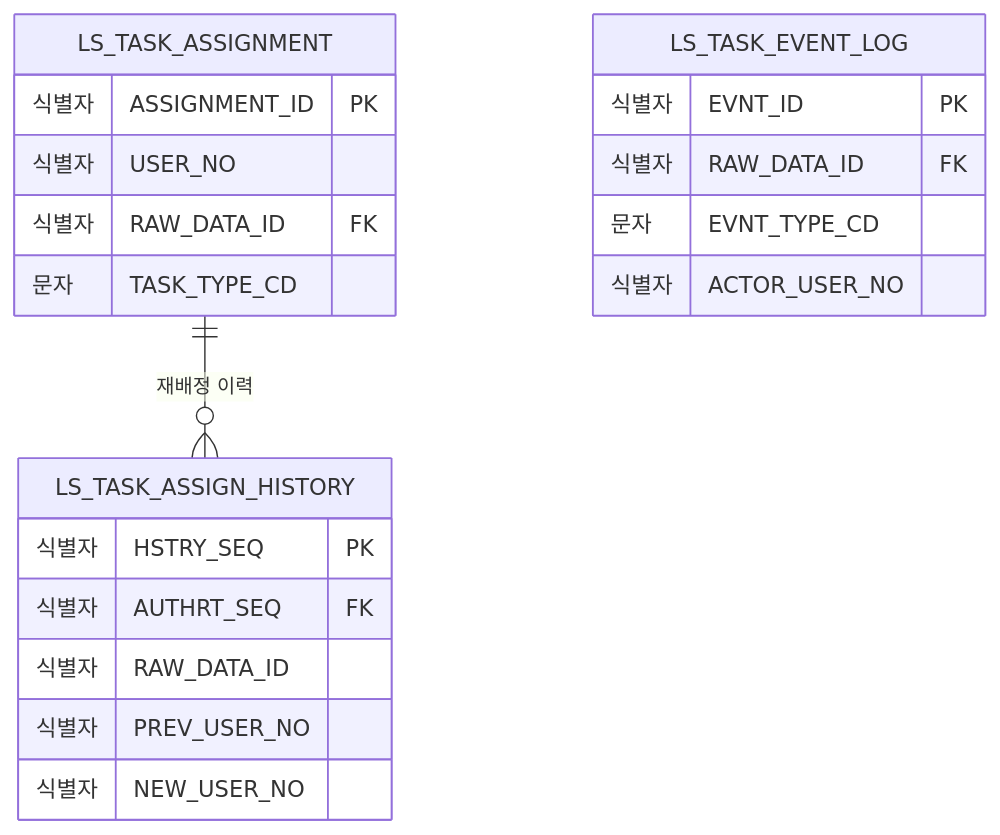
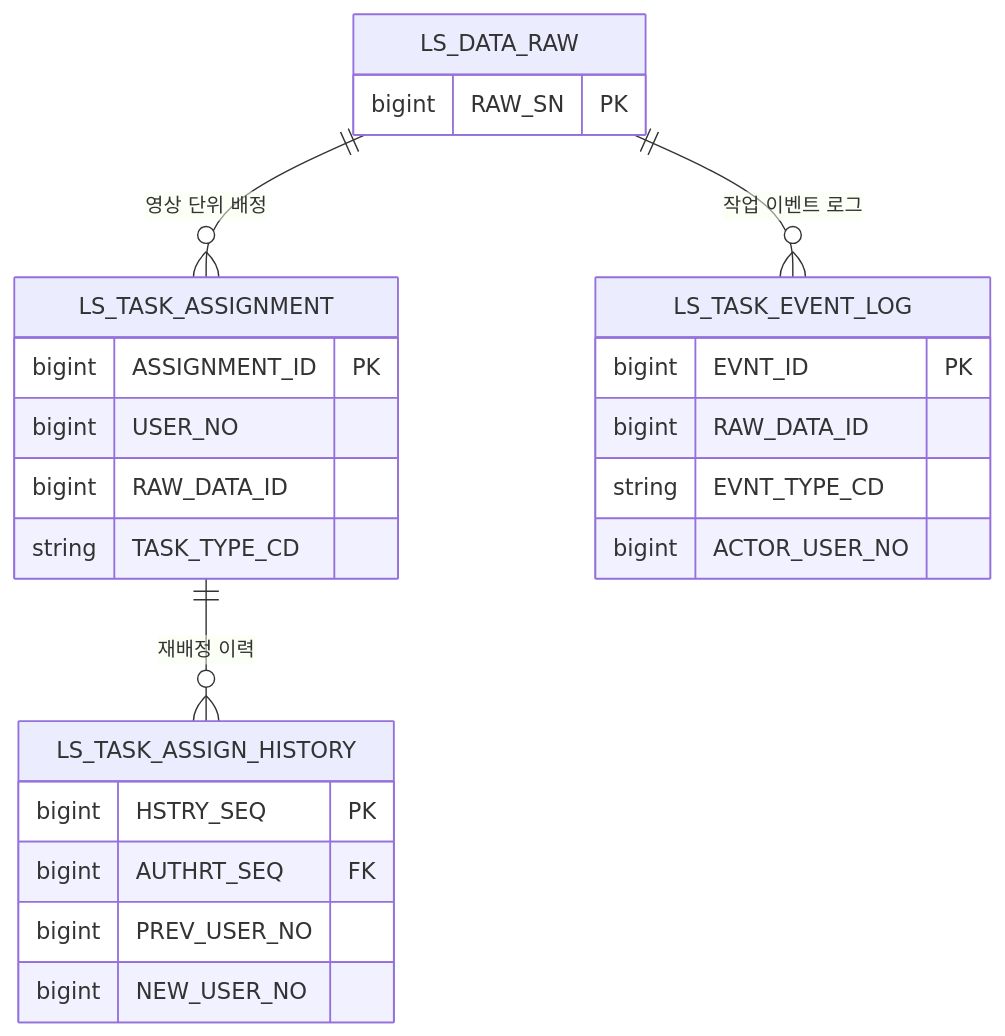
One commit to New-stella/klid-label changed the seventh of 14 diagrams in docs/design/D8-엔티티관계모형설계서.md. Above: the diagram before and after it, drawn with Mermaid. The commit also changed other lines of this file and 7 other files, not shown here.

````diff
--- a/docs/design/D8-엔티티관계모형설계서.md
+++ b/docs/design/D8-엔티티관계모형설계서.md
@@ -279,23 +251,27 @@
 ```mermaid
 erDiagram
     LS_TASK_ASSIGNMENT ||--o{ LS_TASK_ASSIGN_HISTORY : "재배정 이력"
+    LS_DATA_RAW ||--o{ LS_TASK_ASSIGNMENT : "영상 단위 배정"
+    LS_DATA_RAW ||--o{ LS_TASK_EVENT_LOG : "작업 이벤트 로그"
+    LS_DATA_RAW {
+        bigint RAW_SN PK
+    }
     LS_TASK_ASSIGNMENT {
-        식별자 ASSIGNMENT_ID PK
-        식별자 USER_NO
-        식별자 RAW_DATA_ID FK
-        문자 TASK_TYPE_CD
+        bigint ASSIGNMENT_ID PK
+        bigint USER_NO
+        bigint RAW_DATA_ID
+        string TASK_TYPE_CD
     }
     LS_TASK_ASSIGN_HISTORY {
-        식별자 HSTRY_SEQ PK
-        식별자 AUTHRT_SEQ FK
-        식별자 RAW_DATA_ID
-        식별자 PREV_USER_NO
-        식별자 NEW_USER_NO
+        bigint HSTRY_SEQ PK
+        bigint AUTHRT_SEQ FK
+        bigint PREV_USER_NO
+        bigint NEW_USER_NO
     }
     LS_TASK_EVENT_LOG {
-        식별자 EVNT_ID PK
-        식별자 RAW_DATA_ID FK
-        문자 EVNT_TYPE_CD
-        식별자 ACTOR_USER_NO
+        bigint EVNT_ID PK
+        bigint RAW_DATA_ID
+        string EVNT_TYPE_CD
+        bigint ACTOR_USER_NO
     }
 ```
````
